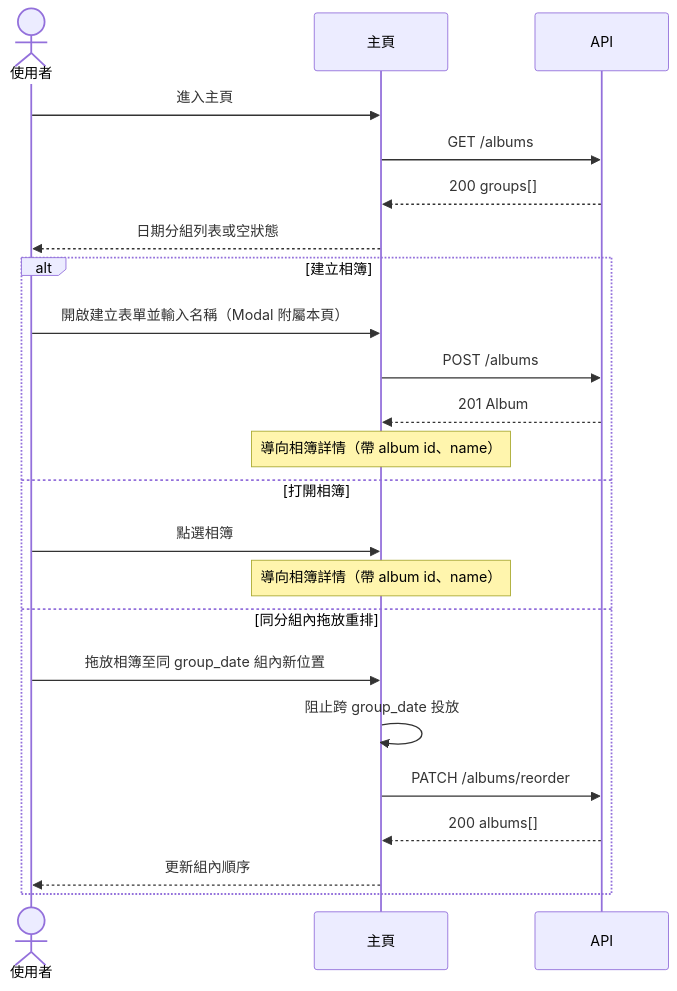
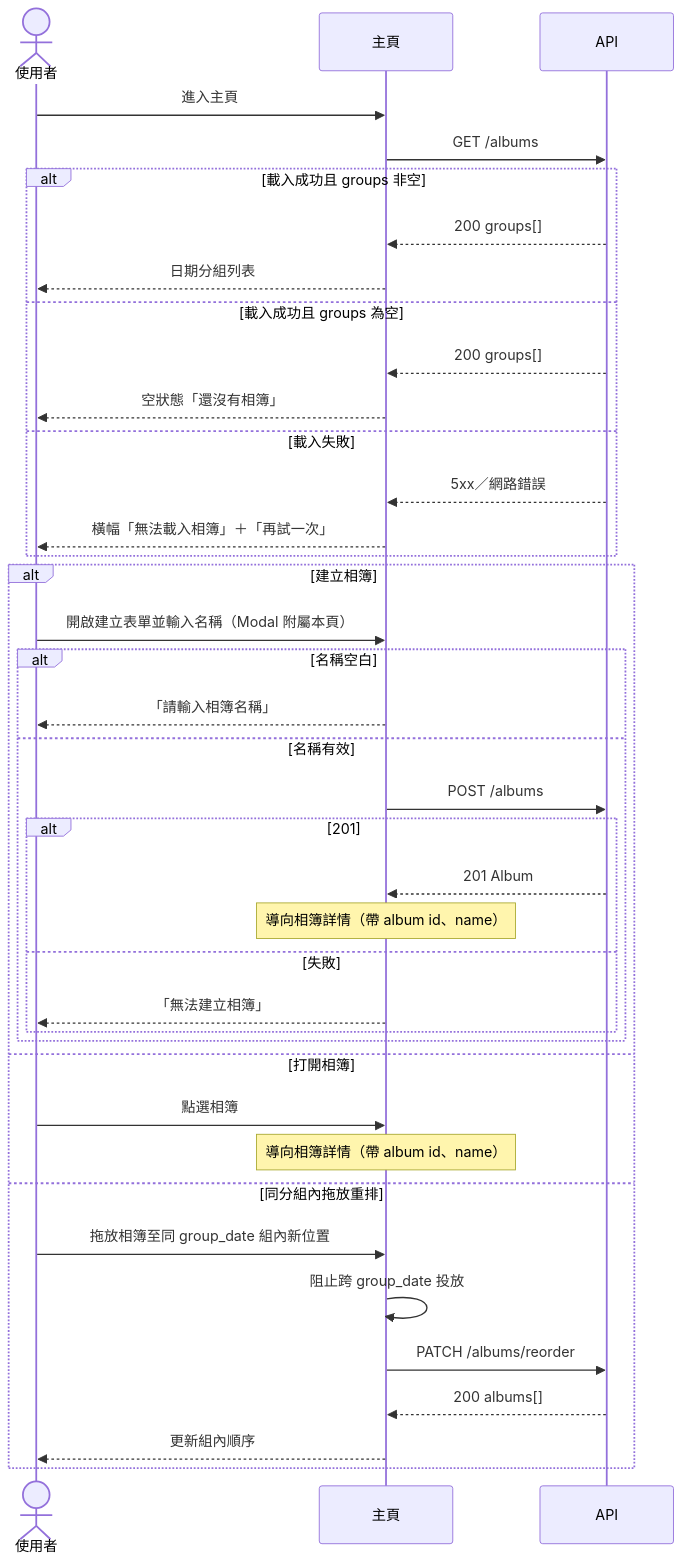
The sixth of 9 diagrams in specs/001-photo-albums/system-analyze/ui-plan.md (Waterball-Limited-Company/Jochu-lv1-training-course), drawn with Mermaid before and after one commit. The commit also changed other lines of this file and 84 other files, not shown here.

````diff
--- a/specs/001-photo-albums/system-analyze/ui-plan.md
+++ b/specs/001-photo-albums/system-analyze/ui-plan.md
@@ -150,27 +185,43 @@
 ```mermaid
 sequenceDiagram
     actor U as 使用者
     participant Home as 主頁
     participant API as API
 
     U->>Home: 進入主頁
     Home->>API: GET /albums
-    API-->>Home: 200 groups[]
-    Home-->>U: 日期分組列表或空狀態
+    alt 載入成功且 groups 非空
+        API-->>Home: 200 groups[]
+        Home-->>U: 日期分組列表
+    else 載入成功且 groups 為空
+        API-->>Home: 200 groups[]
+        Home-->>U: 空狀態「還沒有相簿」
+    else 載入失敗
+        API-->>Home: 5xx／網路錯誤
+        Home-->>U: 橫幅「無法載入相簿」＋「再試一次」
+    end
 
     alt 建立相簿
         U->>Home: 開啟建立表單並輸入名稱（Modal 附屬本頁）
-        Home->>API: POST /albums
-        API-->>Home: 201 Album
-        Note over Home: 導向相簿詳情（帶 album id、name）
+        alt 名稱空白
+            Home-->>U: 「請輸入相簿名稱」
+        else 名稱有效
+            Home->>API: POST /albums
+            alt 201
+                API-->>Home: 201 Album
+                Note over Home: 導向相簿詳情（帶 album id、name）
+            else 失敗
+                Home-->>U: 「無法建立相簿」
+            end
+        end
     else 打開相簿
         U->>Home: 點選相簿
         Note over Home: 導向相簿詳情（帶 album id、name）
     else 同分組內拖放重排
         U->>Home: 拖放相簿至同 group_date 組內新位置
         Home->>Home: 阻止跨 group_date 投放
         Home->>API: PATCH /albums/reorder
         API-->>Home: 200 albums[]
         Home-->>U: 更新組內順序
     end
 ```
````
